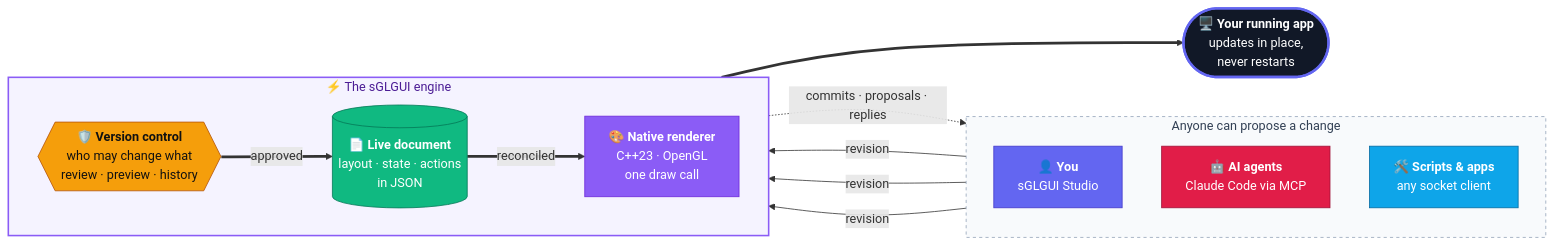
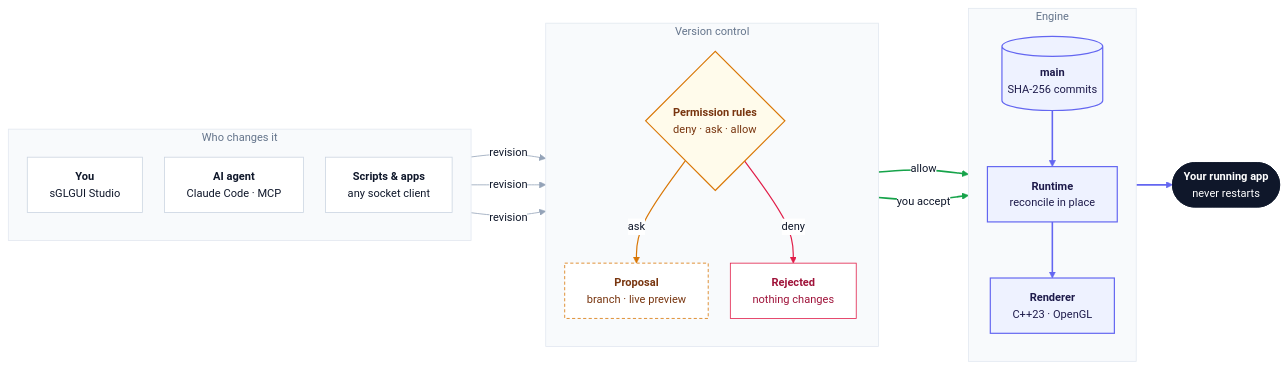
One commit to RiccardoSottini/AffrescoUI changed the first of 5 diagrams in README.md. Above: the diagram before and after it, drawn with Mermaid. The commit also changed other lines of this file, not shown here.

Commit message:
Redraw the README's flow around rules, proposals and commits
The "How it works" diagram showed a single version-control box. It now
follows a revision through the new model: deny, ask or allow rules, a
proposal branch with a live preview, and commits on main that the
runtime applies in place. The numbered steps below it match.

````diff
--- a/README.md
+++ b/README.md
@@ -97,41 +97,55 @@
 ```mermaid
+%%{init: {"theme": "base", "flowchart": {"curve": "basis", "nodeSpacing": 28, "rankSpacing": 46, "padding": 14}, "themeVariables": {"fontFamily": "Helvetica, Arial, sans-serif", "fontSize": "14px", "lineColor": "#94A3B8", "primaryTextColor": "#0F172A", "edgeLabelBackground": "#FFFFFF"}}}%%
 flowchart LR
-    subgraph peers["Anyone can propose a change"]
+    subgraph P["Who changes it"]
         direction TB
-        you["👤 <b>You</b><br/>sGLGUI Studio"]
-        ai["🤖 <b>AI agents</b><br/>Claude Code via MCP"]
-        tools["🛠️ <b>Scripts & apps</b><br/>any socket client"]
+        you["<b>You</b><br/>sGLGUI Studio"]
+        ai["<b>AI agent</b><br/>Claude Code · MCP"]
+        any["<b>Scripts & apps</b><br/>any socket client"]
     end
 
-    subgraph engine["⚡ The sGLGUI engine"]
-        direction LR
-        gate{{"🛡️ <b>Version control</b><br/>who may change what<br/>review · preview · history"}}
-        doc[("📄 <b>Live document</b><br/>layout · state · actions<br/>in JSON")]
-        gpu["🎨 <b>Native renderer</b><br/>C++23 · OpenGL<br/>one draw call"]
+    subgraph V["Version control"]
+        direction TB
+        rules{"<b>Permission rules</b><br/>deny · ask · allow"}
+        pr["<b>Proposal</b><br/>branch · live preview"]
+        no["<b>Rejected</b><br/>nothing changes"]
     end
 
-    app(["🖥️ <b>Your running app</b><br/>updates in place,<br/>never restarts"])
+    subgraph E["Engine"]
+        direction TB
+        main[("<b>main</b><br/>SHA-256 commits")]
+        rt["<b>Runtime</b><br/>reconcile in place"]
+        gl["<b>Renderer</b><br/>C++23 · OpenGL"]
+    end
 
-    you -- "revision" --> gate
-    ai -- "revision" --> gate
-    tools -- "revision" --> gate
-    gate == "approved" ==> doc == "reconciled" ==> gpu ==> app
-    engine -. "commits · proposals · replies" .-> peers
+    app(["<b>Your running app</b><br/>never restarts"])
 
-    classDef human fill:#6366F1,stroke:#4338CA,color:#fff
-    classDef agent fill:#E11D48,stroke:#9F1239,color:#fff
-    classDef tool fill:#0EA5E9,stroke:#0369A1,color:#fff
-    classDef gov fill:#F59E0B,stroke:#B45309,color:#111
-    classDef data fill:#10B981,stroke:#047857,color:#fff
-    classDef render fill:#8B5CF6,stroke:#6D28D9,color:#fff
-    classDef out fill:#111827,stroke:#6366F1,stroke-width:3px,color:#fff
-    class you human
-    class ai agent
-    class tools tool
-    class gate gov
-    class doc data
-    class gpu render
+    you & ai & any -- "revision" --> rules
+    rules -- "allow" --> main
+    rules -- "ask" --> pr
+    rules -- "deny" --> no
+    pr -- "you accept" --> main
+    main --> rt --> gl --> app
+
+    classDef peer fill:#FFFFFF,stroke:#CBD5E1,stroke-width:1px,color:#0F172A
+    classDef gate fill:#FFFBEB,stroke:#D97706,stroke-width:1.5px,color:#78350F
+    classDef wait fill:#FFFFFF,stroke:#D97706,stroke-width:1px,stroke-dasharray:4 3,color:#78350F
+    classDef stop fill:#FFFFFF,stroke:#E11D48,stroke-width:1px,color:#9F1239
+    classDef core fill:#EEF2FF,stroke:#6366F1,stroke-width:1.5px,color:#1E1B4B
+    classDef out fill:#0F172A,stroke:#0F172A,color:#FFFFFF
+    class you,ai,any peer
+    class rules gate
+    class pr wait
+    class no stop
+    class main,rt,gl core
     class app out
-    style peers fill:#F8FAFC,stroke:#94A3B8,stroke-dasharray:4 4,color:#334155
-    style engine fill:#F5F3FF,stroke:#8B5CF6,stroke-width:2px,color:#4C1D95
+    style P fill:#F8FAFC,stroke:#E2E8F0,color:#64748B
+    style V fill:#F8FAFC,stroke:#E2E8F0,color:#64748B
+    style E fill:#F8FAFC,stroke:#E2E8F0,color:#64748B
+    linkStyle 0,1,2 stroke:#94A3B8
+    linkStyle 3 stroke:#16A34A,stroke-width:2px
+    linkStyle 4 stroke:#D97706,stroke-width:1.5px
+    linkStyle 5 stroke:#E11D48,stroke-width:1.5px
+    linkStyle 6 stroke:#16A34A,stroke-width:2px
+    linkStyle 7,8,9 stroke:#6366F1,stroke-width:2px
 ```
````
